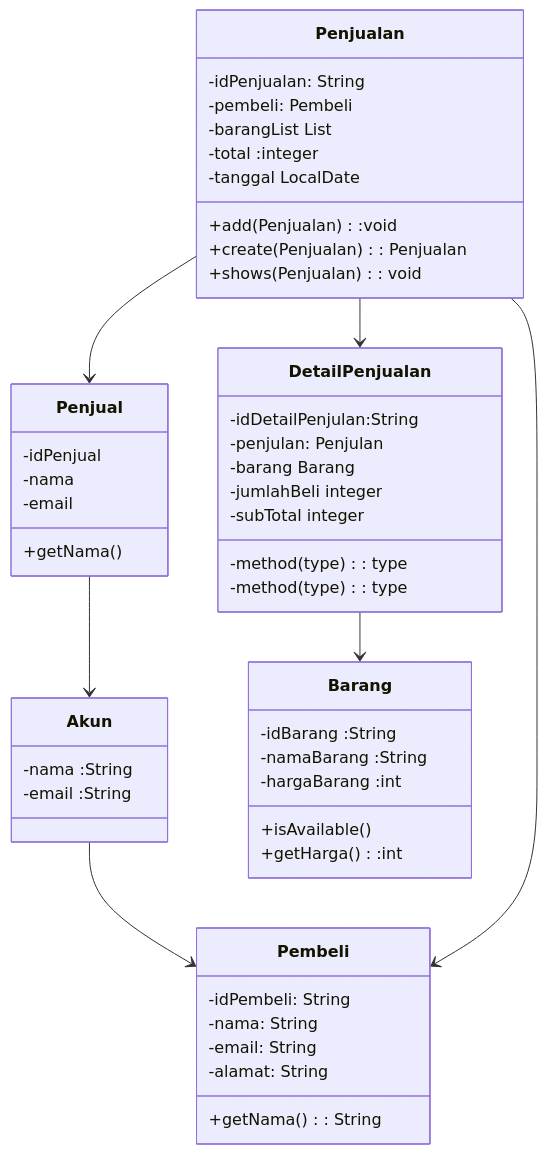
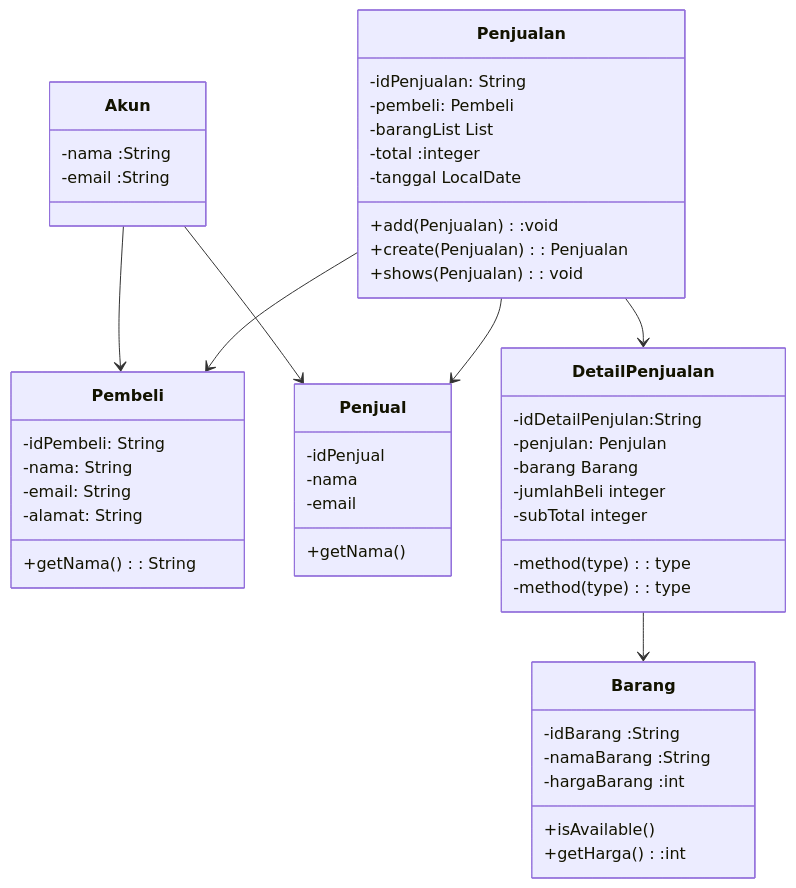
Before and after one commit to ikhsanhazamy/UAS-DASPRO: the second of 2 diagrams in README.md, drawn with Mermaid.

````diff
--- a/README.md
+++ b/README.md
@@ -12,53 +12,53 @@
 ```mermaid
 classDiagram
     class Akun{
         -nama :String
         -email :String
     }
     class Barang{
         -idBarang :String
         -namaBarang :String
         -hargaBarang :int
         +isAvailable() 
         +getHarga():int
     }
     class Pembeli{
         -idPembeli: String 
         -nama: String 
         -email: String 
         -alamat: String 
         +getNama(): String
     }
 
     class Penjual{
         -idPenjual
         -nama
         -email
         +getNama()
     }
     class Penjualan{
         -idPenjualan: String 
         -pembeli: Pembeli 
         -barangList List<Barang>  
         -total :integer  
         -tanggal LocalDate  
         +add(Penjualan):void   
         +create(Penjualan): Penjualan   
         +shows(Penjualan): void   
     }
     class DetailPenjualan{
         -idDetailPenjulan:String   
         -penjulan: Penjulan   
         -barang Barang    
         -jumlahBeli integer    
         -subTotal integer    
         -method(type): type    
         -method(type): type
     }
     Akun --> Pembeli
-    Penjual --> Akun
+    Akun --> Penjual
     DetailPenjualan --> Barang
     Penjualan --> DetailPenjualan
     Penjualan --> Pembeli
     Penjualan --> Penjual
 ```
````
